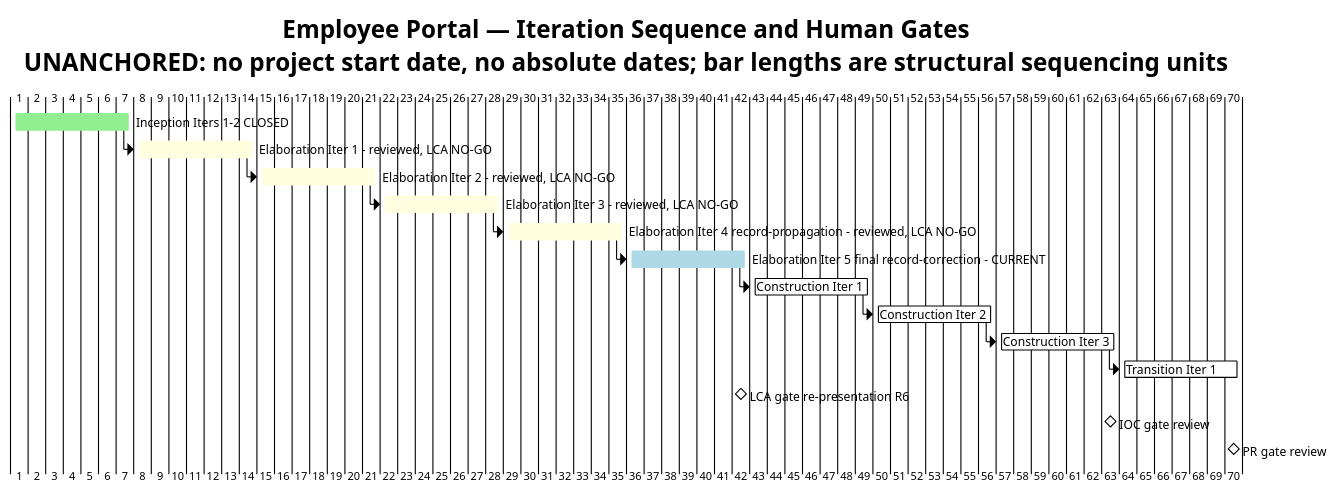
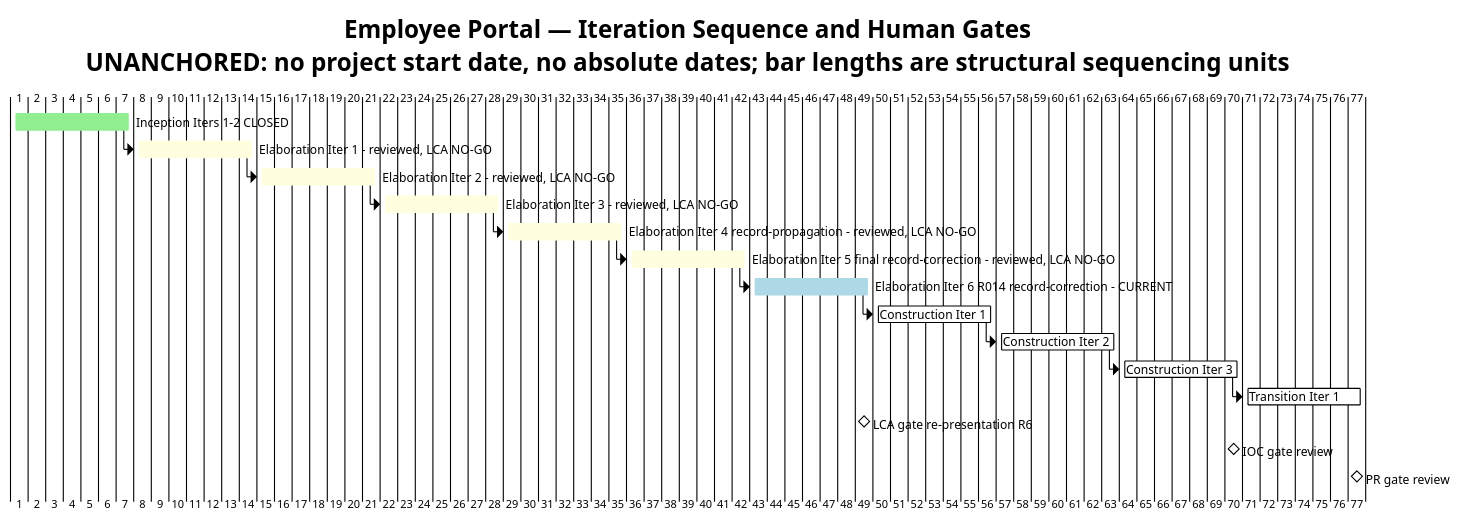
One commit to banense-test/employee-portal changed the first of 2 diagrams in docs/artifacts/project-management/iteration-plan.md. Above: the diagram before and after it, drawn with PlantUML. The commit also changed other lines of this file, not shown here.

````diff
--- a/docs/artifacts/project-management/iteration-plan.md
+++ b/docs/artifacts/project-management/iteration-plan.md
@@ -46,45 +53,49 @@
 ```plantuml
 @startgantt
 !theme plain
 title Employee Portal — Iteration Sequence and Human Gates\nUNANCHORED: no project start date, no absolute dates; bar lengths are structural sequencing units
 
 [Inception Iters 1-2 CLOSED] lasts 7 days
 [Inception Iters 1-2 CLOSED] is colored in lightgreen
 
 [Elaboration Iter 1 - reviewed, LCA NO-GO] lasts 7 days
 [Elaboration Iter 1 - reviewed, LCA NO-GO] starts at [Inception Iters 1-2 CLOSED]'s end
 [Elaboration Iter 1 - reviewed, LCA NO-GO] is colored in lightyellow
 
 [Elaboration Iter 2 - reviewed, LCA NO-GO] lasts 7 days
 [Elaboration Iter 2 - reviewed, LCA NO-GO] starts at [Elaboration Iter 1 - reviewed, LCA NO-GO]'s end
 [Elaboration Iter 2 - reviewed, LCA NO-GO] is colored in lightyellow
 
 [Elaboration Iter 3 - reviewed, LCA NO-GO] lasts 7 days
 [Elaboration Iter 3 - reviewed, LCA NO-GO] starts at [Elaboration Iter 2 - reviewed, LCA NO-GO]'s end
 [Elaboration Iter 3 - reviewed, LCA NO-GO] is colored in lightyellow
 
 [Elaboration Iter 4 record-propagation - reviewed, LCA NO-GO] lasts 7 days
 [Elaboration Iter 4 record-propagation - reviewed, LCA NO-GO] starts at [Elaboration Iter 3 - reviewed, LCA NO-GO]'s end
 [Elaboration Iter 4 record-propagation - reviewed, LCA NO-GO] is colored in lightyellow
 
-[Elaboration Iter 5 final record-correction - CURRENT] lasts 7 days
-[Elaboration Iter 5 final record-correction - CURRENT] starts at [Elaboration Iter 4 record-propagation - reviewed, LCA NO-GO]'s end
-[Elaboration Iter 5 final record-correction - CURRENT] is colored in lightblue
+[Elaboration Iter 5 final record-correction - reviewed, LCA NO-GO] lasts 7 days
+[Elaboration Iter 5 final record-correction - reviewed, LCA NO-GO] starts at [Elaboration Iter 4 record-propagation - reviewed, LCA NO-GO]'s end
+[Elaboration Iter 5 final record-correction - reviewed, LCA NO-GO] is colored in lightyellow
+
+[Elaboration Iter 6 R014 record-correction - CURRENT] lasts 7 days
+[Elaboration Iter 6 R014 record-correction - CURRENT] starts at [Elaboration Iter 5 final record-correction - reviewed, LCA NO-GO]'s end
+[Elaboration Iter 6 R014 record-correction - CURRENT] is colored in lightblue
 
 [Construction Iter 1] lasts 7 days
-[Construction Iter 1] starts at [Elaboration Iter 5 final record-correction - CURRENT]'s end
+[Construction Iter 1] starts at [Elaboration Iter 6 R014 record-correction - CURRENT]'s end
 
 [Construction Iter 2] lasts 7 days
 [Construction Iter 2] starts at [Construction Iter 1]'s end
 
 [Construction Iter 3] lasts 7 days
 [Construction Iter 3] starts at [Construction Iter 2]'s end
 
 [Transition Iter 1] lasts 7 days
 [Transition Iter 1] starts at [Construction Iter 3]'s end
 
-[LCA gate re-presentation R6] happens at [Elaboration Iter 5 final record-correction - CURRENT]'s end
+[LCA gate re-presentation R6] happens at [Elaboration Iter 6 R014 record-correction - CURRENT]'s end
 [IOC gate review] happens at [Construction Iter 3]'s end
 [PR gate review] happens at [Transition Iter 1]'s end
 @endgantt
 ```
````
